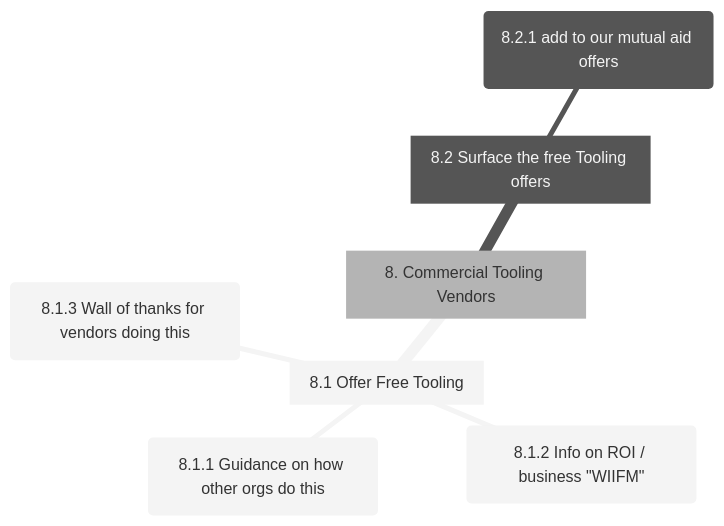
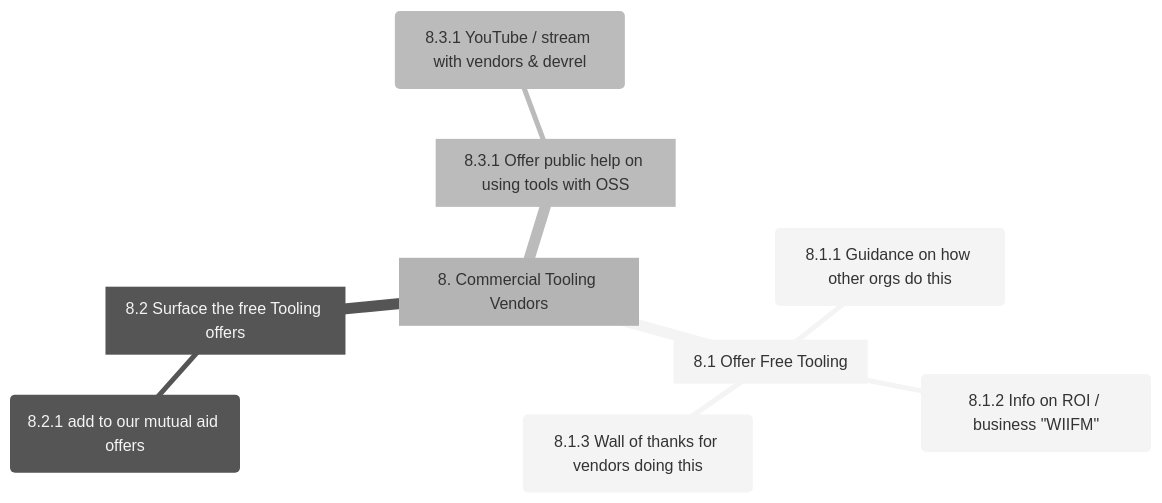
Before and after one commit to AWiderDotNET/home: the eighth of 8 diagrams in README.md, drawn with Mermaid (neutral theme). The commit also changed other lines of this file, not shown here.

````diff
--- a/README.md
+++ b/README.md
@@ -177,10 +180,12 @@
 ```mermaid
 mindmap
   8[8. Commercial Tooling Vendors]
     8.1[8.1 Offer Free Tooling]
       8.1.1(8.1.1 Guidance on how other orgs do this)
       8.1.2(8.1.2 Info on ROI / business "WIIFM")
       8.1.3(8.1.3 Wall of thanks for vendors doing this)
     8.2[8.2 Surface the free Tooling offers]
        8.2.1(8.2.1 add to our mutual aid offers)
+    8.3[8.3.1 Offer public help on using tools with OSS]
+      8.3.1(8.3.1 YouTube / stream with vendors & devrel)
 ```
````
